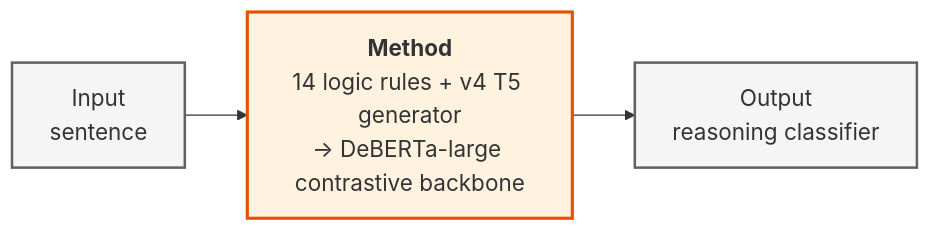
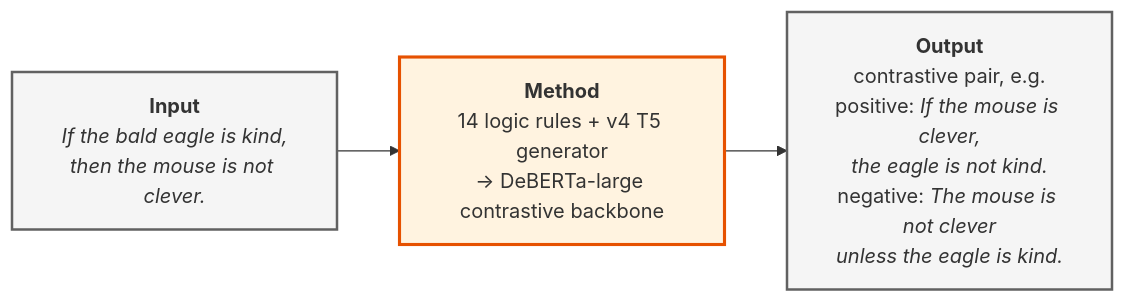
Before and after one commit to 14H034160212/Logical-Equivalence-driven-AMR-Data-Augmentation-for-Representation-Learning: the first of 3 diagrams in extensions/reports/index.md, drawn with Mermaid. The commit also changed other lines of this file, not shown here.

First line of the commit message:
docs: add worked example to main pipeline diagram

````diff
--- a/extensions/reports/index.md
+++ b/extensions/reports/index.md
@@ -21,10 +21,11 @@
 ```mermaid
 flowchart LR
-    I["Input<br/>sentence"] --> M["<b>Method</b><br/>14 logic rules + v4 T5 generator<br/>→ DeBERTa-large contrastive backbone"]
-    M --> O["Output<br/>reasoning classifier"]
+    I["<b>Input</b><br/><i>If the bald eagle is kind,<br/>then the mouse is not clever.</i>"]
+    I --> M["<b>Method</b><br/>14 logic rules + v4 T5 generator<br/>→ DeBERTa-large contrastive backbone"]
+    M --> O["<b>Output</b><br/>contrastive pair, e.g.<br/>positive: <i>If the mouse is clever,<br/>the eagle is not kind.</i><br/>negative: <i>The mouse is not clever<br/>unless the eagle is kind.</i>"]
 
-    classDef io fill:#f5f5f5,stroke:#616161,stroke-width:2px,font-size:18px
-    classDef method fill:#fff3e0,stroke:#e65100,stroke-width:2.5px,font-size:18px
+    classDef io fill:#f5f5f5,stroke:#616161,stroke-width:2px,font-size:16px
+    classDef method fill:#fff3e0,stroke:#e65100,stroke-width:2.5px,font-size:16px
     class I,O io
     class M method
 ```
````
